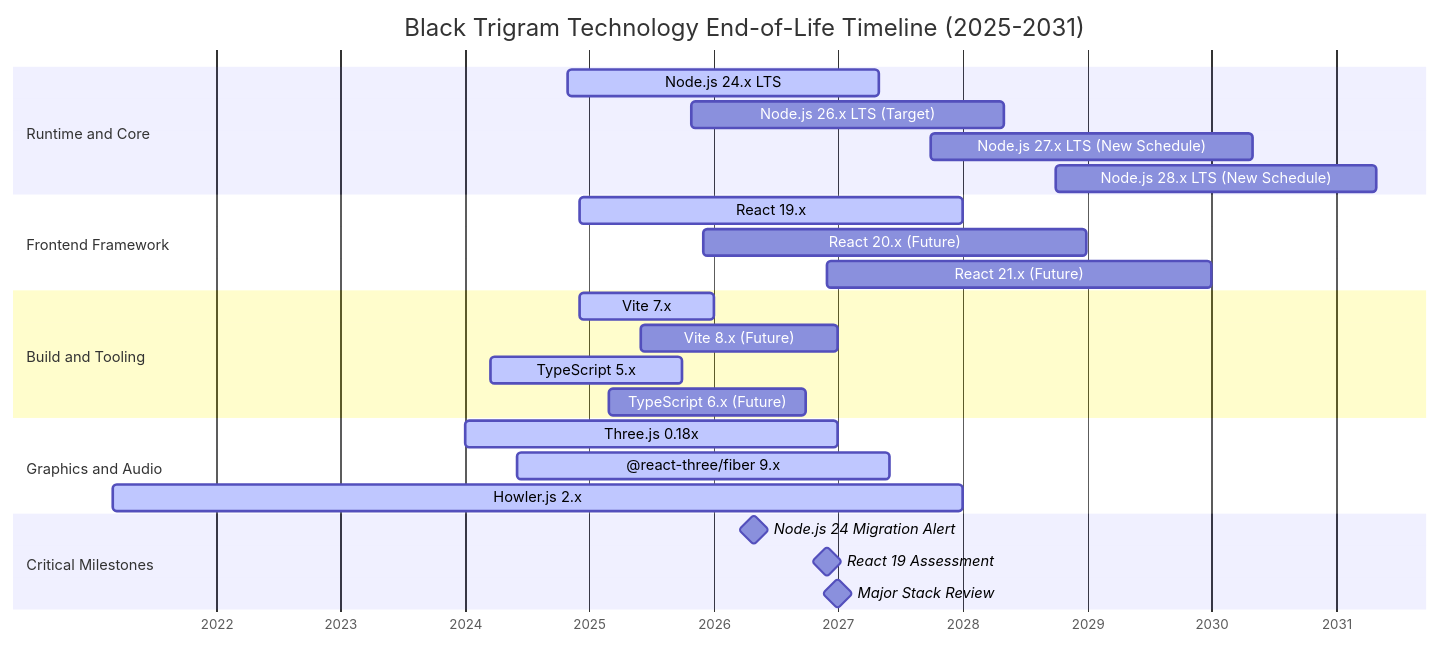
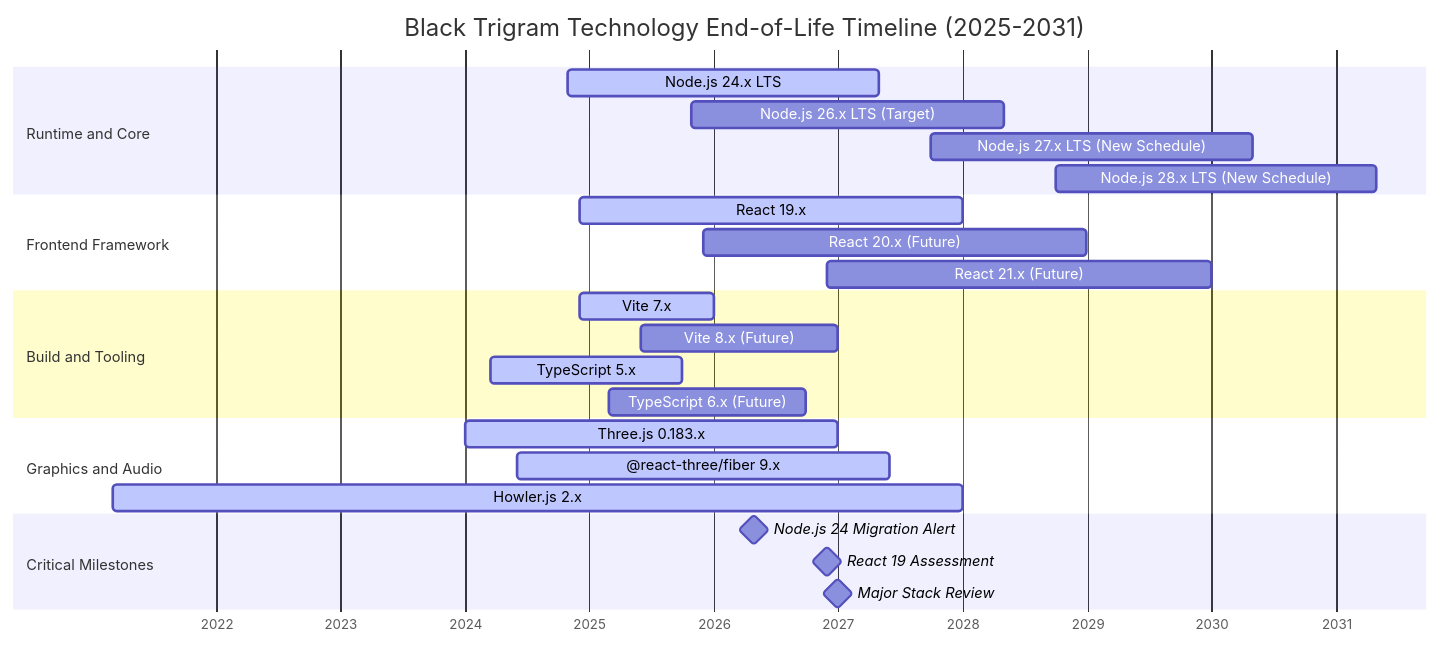
Before and after one commit to Hack23/blacktrigram: the fifth of 8 diagrams in End-of-Life-Strategy.md, drawn with Mermaid. The commit also changed other lines of this file and 1 other file, not shown here.

Commit message:
Address PR review feedback round 7: update migration flow dates, Three.js version format, CloudWatch free-tier wording, and mindmap component versions

````diff
--- a/End-of-Life-Strategy.md
+++ b/End-of-Life-Strategy.md
@@ -378,33 +378,33 @@
 ```mermaid
 gantt
     title Black Trigram Technology End-of-Life Timeline (2025-2031)
     dateFormat YYYY-MM-DD
     axisFormat %Y
 
     section Runtime and Core
     Node.js 24.x LTS          :active, node24, 2024-10-29, 2027-04-30
     Node.js 26.x LTS (Target) :node26, 2025-10-28, 2028-04-30
     Node.js 27.x LTS (New Schedule) :node27, 2027-10-01, 2030-04-30
     Node.js 28.x LTS (New Schedule) :node28, 2028-10-01, 2031-04-30
 
     section Frontend Framework
     React 19.x                :active, react19, 2024-12-05, 2027-12-31
     React 20.x (Future)       :react20, 2025-12-01, 2028-12-31
     React 21.x (Future)       :react21, 2026-12-01, 2029-12-31
 
     section Build and Tooling
     Vite 7.x                  :active, vite7, 2024-12-03, 2025-12-31
     Vite 8.x (Future)         :vite8, 2025-06-01, 2026-12-31
     TypeScript 5.x            :active, ts5, 2024-03-16, 2025-09-30
     TypeScript 6.x (Future)   :ts6, 2025-03-01, 2026-09-30
 
     section Graphics and Audio
-    Three.js 0.18x             :active, three, 2024-01-01, 2026-12-31
+    Three.js 0.183.x           :active, three, 2024-01-01, 2026-12-31
     @react-three/fiber 9.x     :active, r3f9, 2024-06-01, 2027-06-01
     Howler.js 2.x             :active, howler2, 2021-03-04, 2027-12-31
 
     section Critical Milestones
     Node.js 24 Migration Alert :milestone, node24alert, 2026-04-30, 0d
     React 19 Assessment       :milestone, react19assess, 2026-12-01, 0d
     Major Stack Review        :milestone, stackreview, 2027-01-01, 0d
 ```
````
